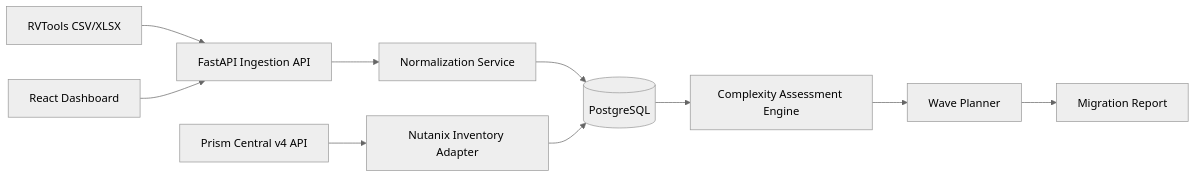
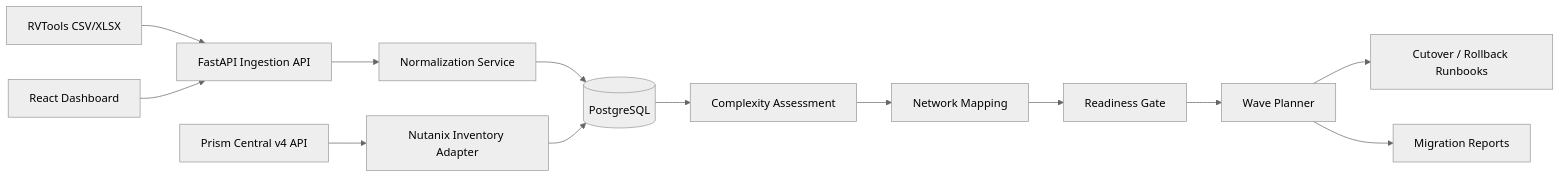
Before and after one commit to AbdullahGhani1/nutanix-migration-factory: the diagram in README.md, drawn with Mermaid (neutral theme). The commit also changed other lines of this file, not shown here.

Commit message:
docs(v0.2): document enterprise migration planning workflow

````diff
--- a/README.md
+++ b/README.md
@@ -32,12 +40,15 @@
 ```mermaid
 flowchart LR
     A[RVTools CSV/XLSX] --> B[FastAPI Ingestion API]
     B --> C[Normalization Service]
     C --> D[(PostgreSQL)]
-    D --> E[Complexity Assessment Engine]
-    E --> F[Wave Planner]
-    F --> G[Migration Report]
-    H[Prism Central v4 API] --> I[Nutanix Inventory Adapter]
-    I --> D
-    J[React Dashboard] --> B
+    D --> E[Complexity Assessment]
+    E --> F[Network Mapping]
+    F --> G[Readiness Gate]
+    G --> H[Wave Planner]
+    H --> I[Cutover / Rollback Runbooks]
+    H --> J[Migration Reports]
+    K[Prism Central v4 API] --> L[Nutanix Inventory Adapter]
+    L --> D
+    M[React Dashboard] --> B
 ```
````
